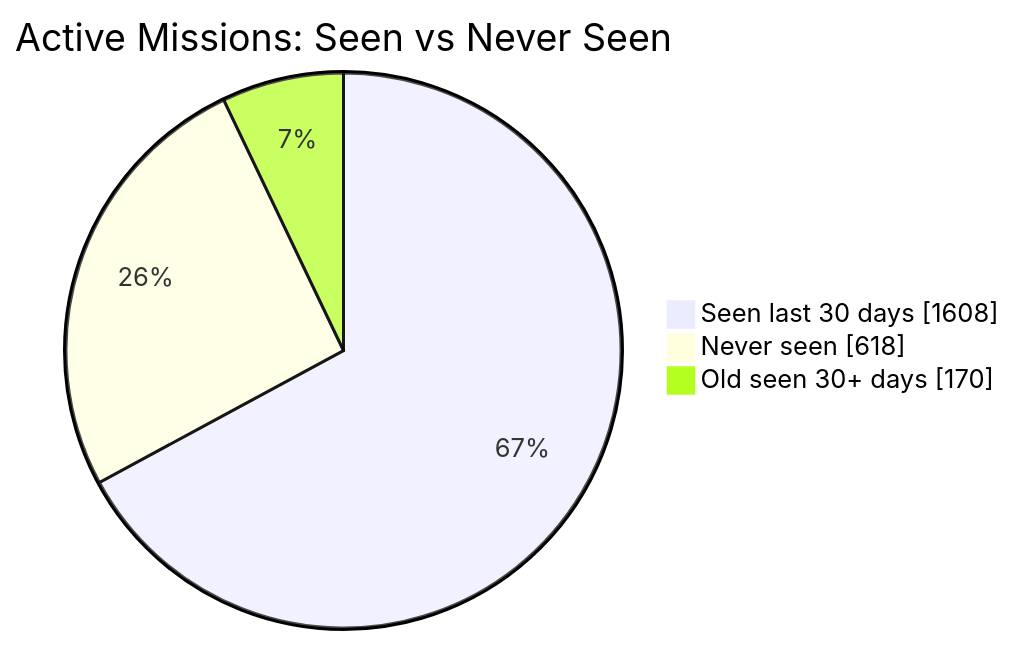
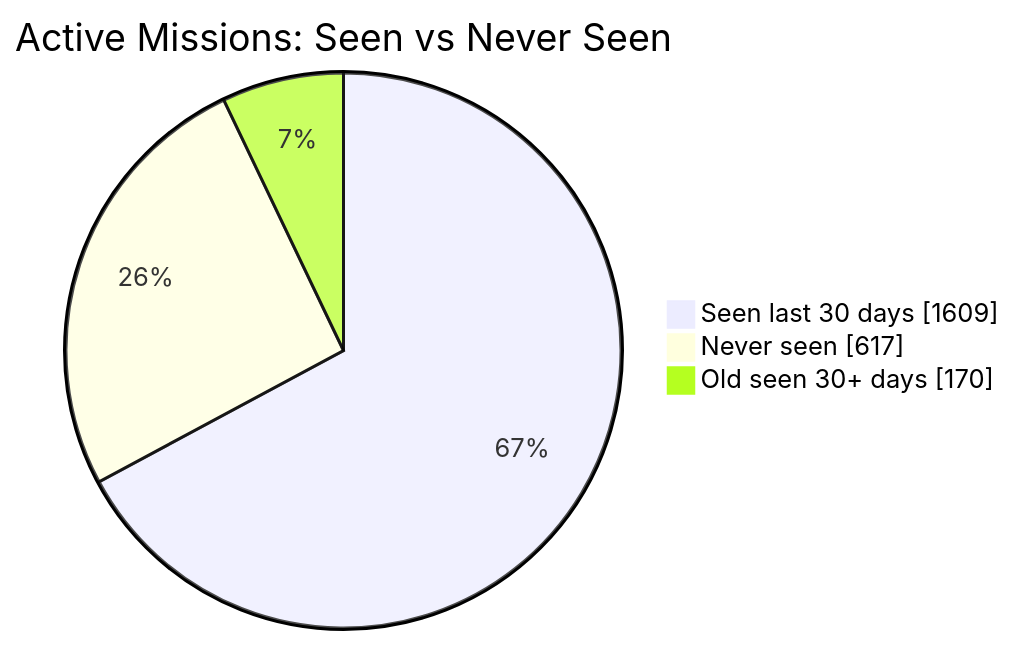
One commit to MeldkamerspelGameTeam/active-missions changed the first of 2 diagrams in README.md. Above: the diagram before and after it, drawn with Mermaid. The commit also changed other lines of this file and 2 other files, not shown here.

````diff
--- a/README.md
+++ b/README.md
@@ -34,7 +34,7 @@
 ```mermaid
 pie showData
     title Active Missions: Seen vs Never Seen
-    "Seen last 30 days" : 1608
-    "Never seen" : 618
+    "Seen last 30 days" : 1609
+    "Never seen" : 617
     "Old seen 30+ days" : 170
 ```
````
